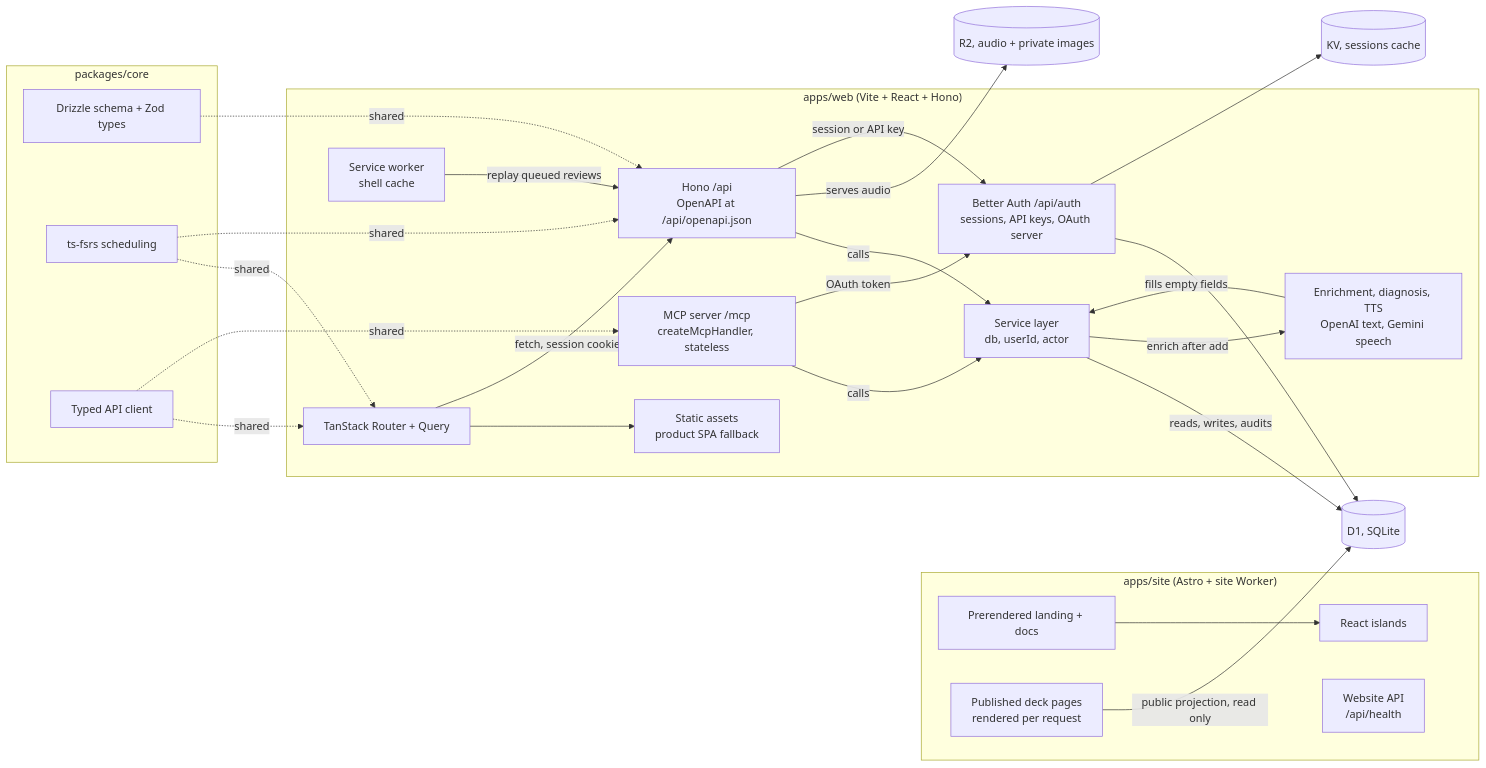
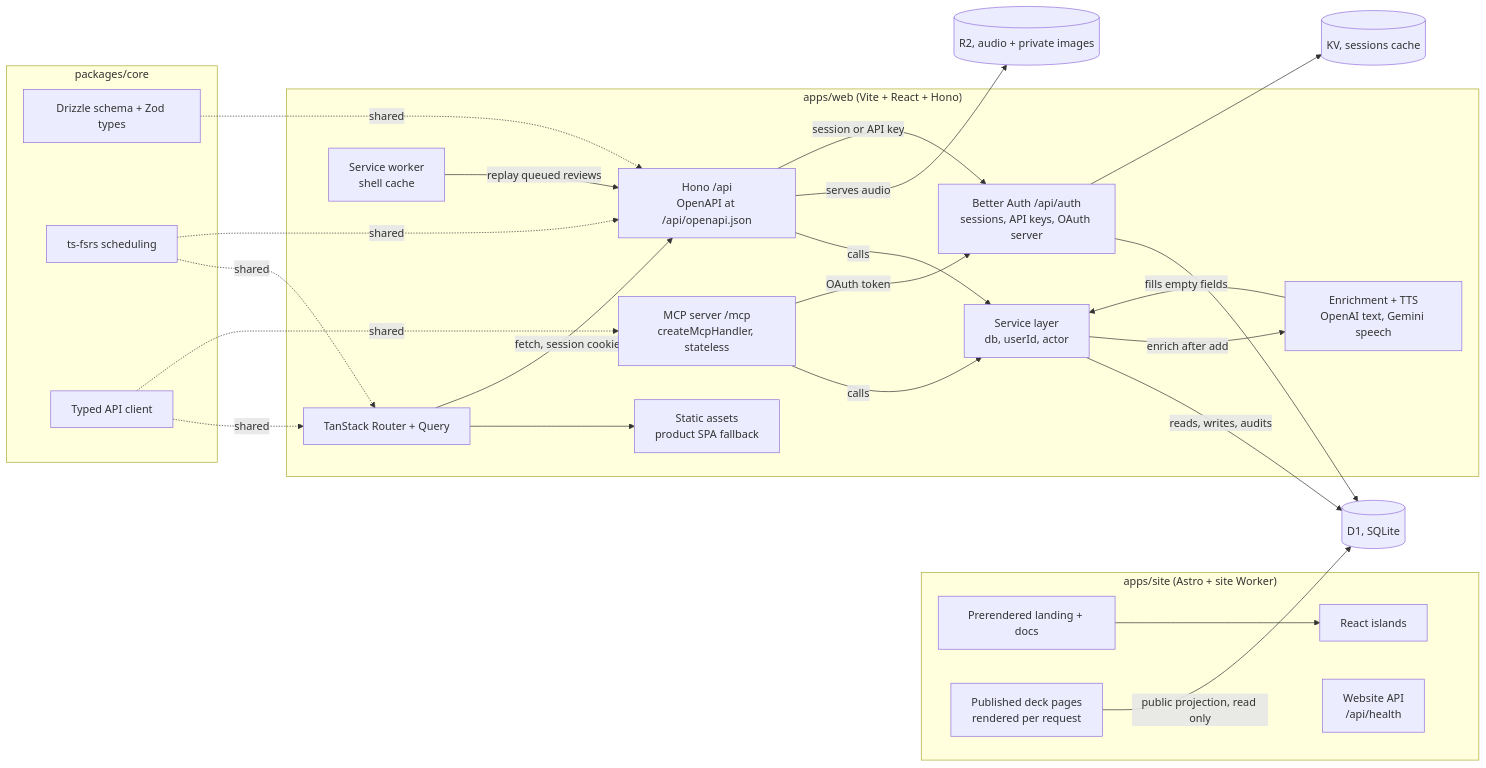
The diagram in docs/stack.md (krambertech/lymi), drawn with Mermaid before and after one commit. The commit also changed other lines of this file and 72 other files, not shown here.

````diff
--- a/docs/stack.md
+++ b/docs/stack.md
@@ -9,48 +9,48 @@
 ```mermaid
 flowchart LR
   subgraph Site["apps/site (Astro + site Worker)"]
     Public[Prerendered landing + docs]
     Islands[React islands]
     Catalog[Published deck pages\nrendered per request]
     Health[Website API\n/api/health]
   end
   subgraph Product["apps/web (Vite + React + Hono)"]
     UI[TanStack Router + Query]
     SW[Service worker\nshell cache]
     Assets[Static assets\nproduct SPA fallback]
     API[Hono /api\nOpenAPI at /api/openapi.json]
     Services[Service layer\ndb, userId, actor]
     Auth[Better Auth /api/auth\nsessions, API keys, OAuth server]
     MCP[MCP server /mcp\ncreateMcpHandler, stateless]
-    AI[Enrichment, diagnosis, TTS\nOpenAI text, Gemini speech]
+    AI[Enrichment + TTS\nOpenAI text, Gemini speech]
   end
   subgraph Core["packages/core"]
     Schema[Drizzle schema + Zod types]
     FSRS[ts-fsrs scheduling]
     Client[Typed API client]
   end
   D1[(D1, SQLite)]
   R2[(R2, audio + private images)]
   KV[(KV, sessions cache)]
 
   Public --> Islands
   Catalog -->|public projection, read only| D1
   UI --> Assets
   UI -->|fetch, session cookie| API
   SW -->|replay queued reviews| API
   API -->|calls| Services
   MCP -->|calls| Services
   Services -->|reads, writes, audits| D1
   Services -->|enrich after add| AI
   AI -->|fills empty fields| Services
   API -->|serves audio| R2
   API -->|session or API key| Auth
   MCP -->|OAuth token| Auth
   Auth --> D1
   Auth --> KV
   Client -.shared.-> UI
   Client -.shared.-> MCP
   Schema -.shared.-> API
   FSRS -.shared.-> UI
   FSRS -.shared.-> API
 ```
````
